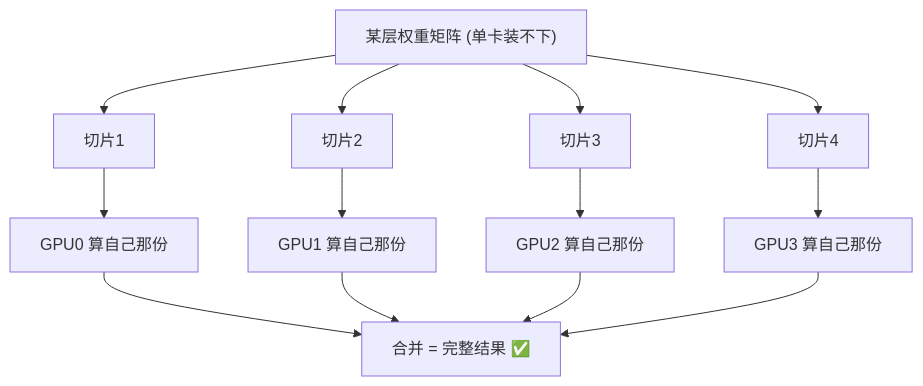
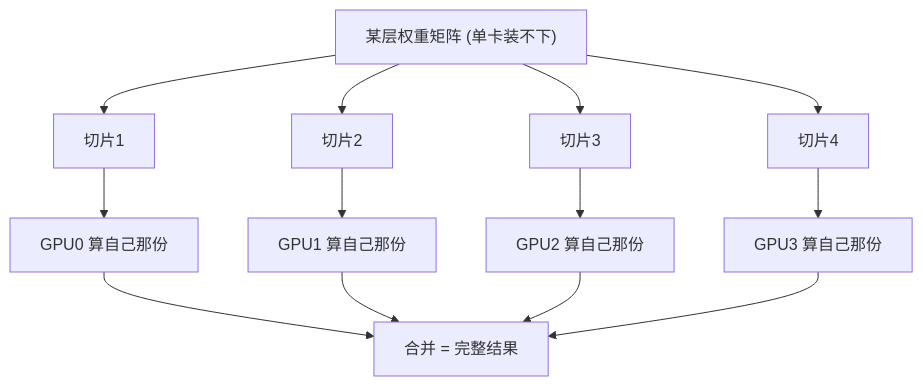
One commit to imjcw/imjcw.github.io changed the fourth of 8 diagrams in source/_posts/AI/2026-08-08_大模型推理与缓存机制.md. Above: the diagram before and after it, drawn with Mermaid. The commit also changed other lines of this file and 11 other files, not shown here.

````diff
--- a/source/_posts/AI/2026-08-08_大模型推理与缓存机制.md
+++ b/source/_posts/AI/2026-08-08_大模型推理与缓存机制.md
@@ -76,9 +76,9 @@
 ```mermaid
 flowchart TD
     M["某层权重矩阵 (单卡装不下)"] --> S1["切片1"] & S2["切片2"] & S3["切片3"] & S4["切片4"]
     S1 --> G0["GPU0 算自己那份"]
     S2 --> G1["GPU1 算自己那份"]
     S3 --> G2["GPU2 算自己那份"]
     S4 --> G3["GPU3 算自己那份"]
-    G0 & G1 & G2 & G3 --> R["合并 = 完整结果 ✅"]
+    G0 & G1 & G2 & G3 --> R["合并 = 完整结果"]
 ```
````
